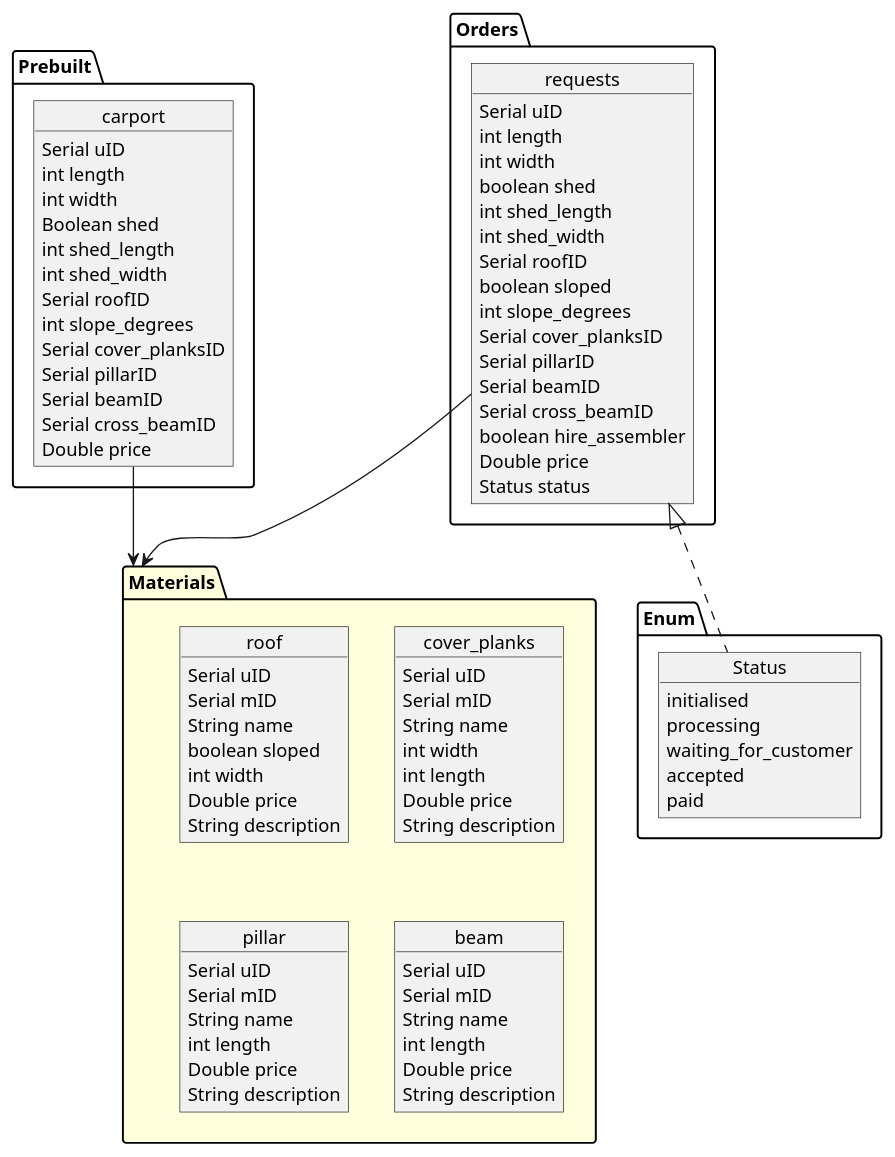
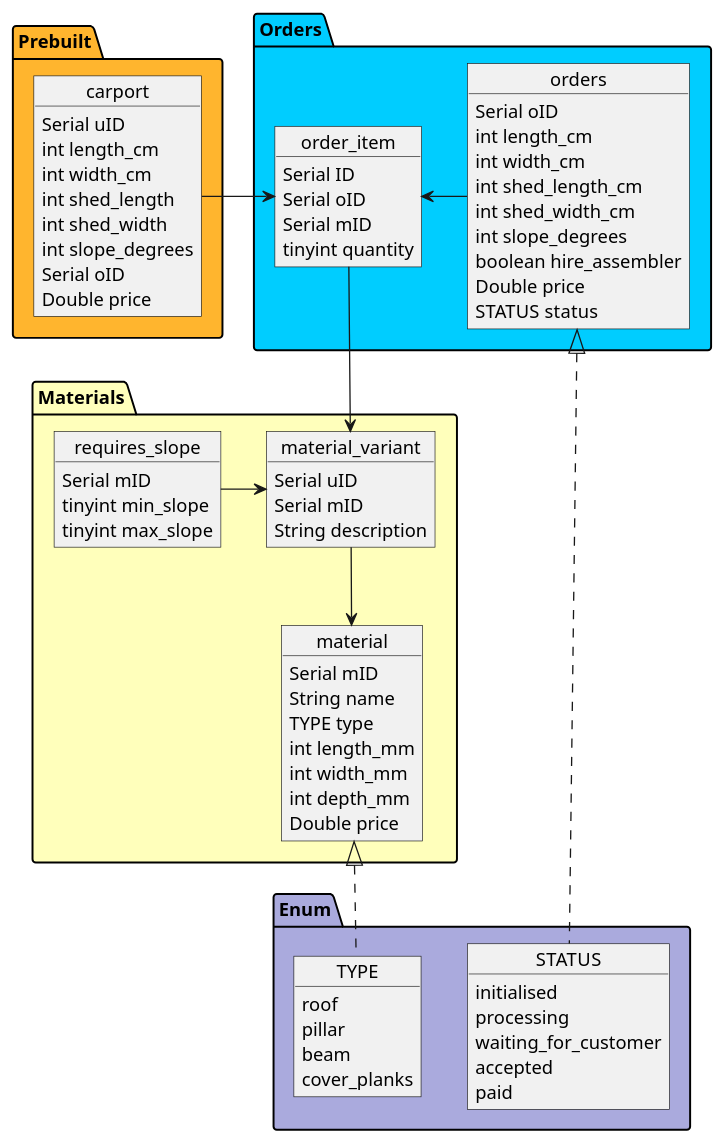
One commit to SirRolin/Carport---GroupB changed the diagram in docs/UML/To-Be/ERD/ERD.puml. Above: the diagram before and after it, drawn with PlantUML.

Commit message:
changes after critique

```diff
--- a/docs/UML/To-Be/ERD/ERD.puml
+++ b/docs/UML/To-Be/ERD/ERD.puml
@@ -1,91 +1,83 @@
 @startuml
-package "Materials" #FFD {
-    Object roof {
-        Serial uID
-        Serial mID
-        String name
-        boolean sloped
-        int width
-        Double price
-        String description
-    }
-    Object cover_planks {
-        Serial uID
-        Serial mID
-        String name
-        int width
-        int length
-        Double price
-        String description
-    }
-    Object pillar {
-        Serial uID
-        Serial mID
-        String name
-        int length
-        Double price
-        String description
-    }
-    Object beam {
-        Serial uID
-        Serial mID
-        String name
-        int length
-        Double price
-        String description
-    }
-}
-
-package "Prebuilt" {
+package "Prebuilt" #FFB52E {
     Object carport {
         Serial uID
-        int length
-        int width
-        Boolean shed
+        int length_cm
+        int width_cm
         int shed_length
         int shed_width
-        Serial roofID
         int slope_degrees
-        Serial cover_planksID
-        Serial pillarID
-        Serial beamID
-        Serial cross_beamID
+        Serial oID
         Double price
     }
 }
 
-package "Orders" {
-    Object requests {
+package "Materials" #ffb {
+    Object material_variant {
         Serial uID
-        int length
-        int width
-        boolean shed
-        int shed_length
-        int shed_width
-        Serial roofID
-        boolean sloped
-        int slope_degrees
-        Serial cover_planksID
-        Serial pillarID
-        Serial beamID
-        Serial cross_beamID
-        boolean hire_assembler
+        Serial mID
+        String description
+    }
+    Object material {
+        Serial mID
+        String name
+        TYPE type
+        int length_mm
+        int width_mm
+        int depth_mm
         Double price
-        Status status
+    }
+
+    'nice to have - if a material has this it's a roof that requires a slope
+    Object requires_slope {
+        Serial mID
+        tinyint min_slope
+        tinyint max_slope
     }
 }
 
-package Enum {
-    Object Status {
+package "Orders" #00CDFF {
+    Object orders {
+        Serial oID
+        int length_cm
+        int width_cm
+        int shed_length_cm
+        int shed_width_cm
+        int slope_degrees
+        boolean hire_assembler
+        Double price
+        STATUS status
+    }
+    Object order_item {
+        Serial ID
+        Serial oID
+        Serial mID
+        tinyint quantity
+    }
+}
+
+package Enum #aad {
+    Object STATUS {
         initialised
         processing
         waiting_for_customer
         accepted
         paid
     }
+    Object TYPE {
+        roof
+        pillar
+        beam
+        cover_planks
+    }
 }
 
-requests <|.. Status
-requests --> Materials
-carport --> Materials
+orders <|.. STATUS
+material <|.. TYPE
+order_item --> material_variant
+carport -> order_item
+order_item <- orders
+material_variant --> material
+requires_slope -> material_variant
+
 @enduml
```
